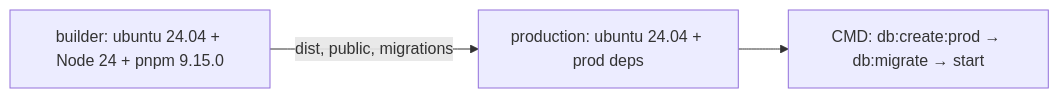
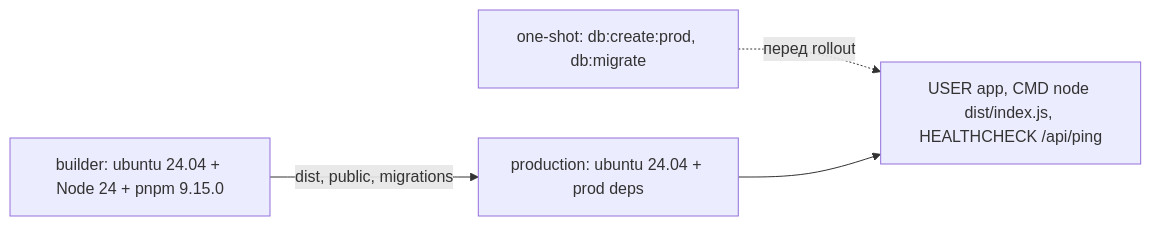
One commit to Blazheiko/itvibe-template changed the diagram in documentation/backend/deployment.md. Above: the diagram before and after it, drawn with Mermaid. The commit also changed other lines of this file and 6 other files, not shown here.

First line of the commit message:
Docker hardening: .dockerignore, non-root user, HEALTHCHECK, exec CMD without migrations (feat-019, items 28, 29, 30)

````diff
--- a/documentation/backend/deployment.md
+++ b/documentation/backend/deployment.md
@@ -45,5 +45,6 @@
 ```mermaid
 flowchart LR
   A[builder: ubuntu 24.04 + Node 24 + pnpm 9.15.0] -->|dist, public, migrations| B[production: ubuntu 24.04 + prod deps]
-  B --> C[CMD: db:create:prod → db:migrate → start]
+  M[one-shot: db:create:prod, db:migrate] -.->|перед rollout| C
+  B --> C[USER app, CMD node dist/index.js, HEALTHCHECK /api/ping]
 ```
````
